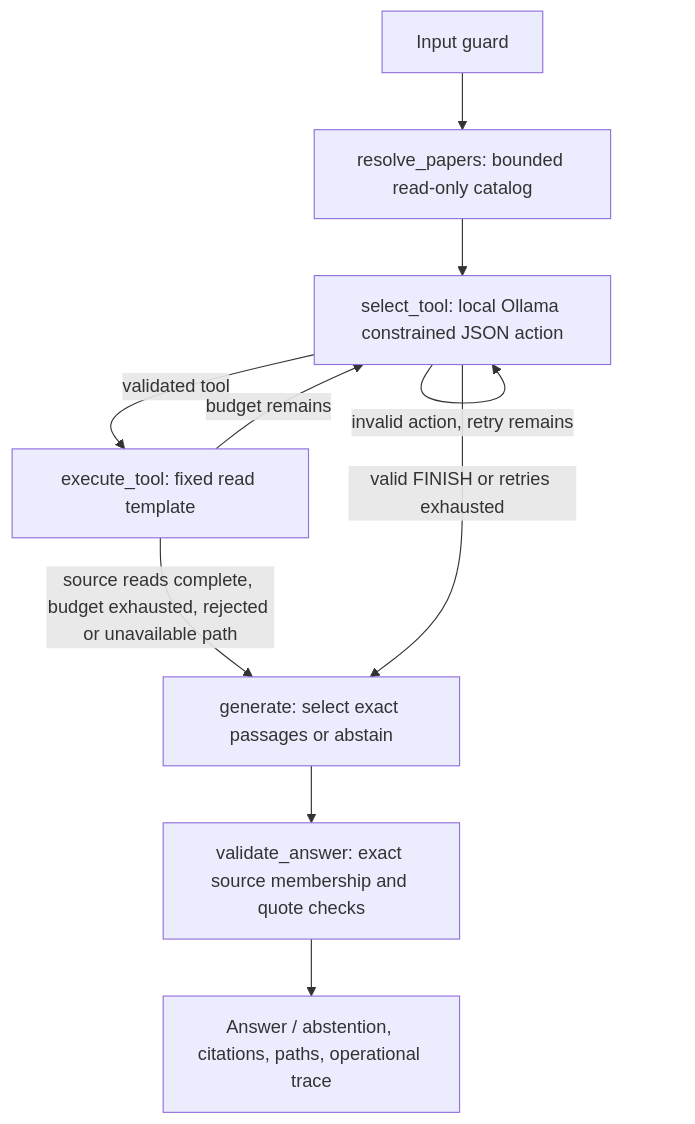
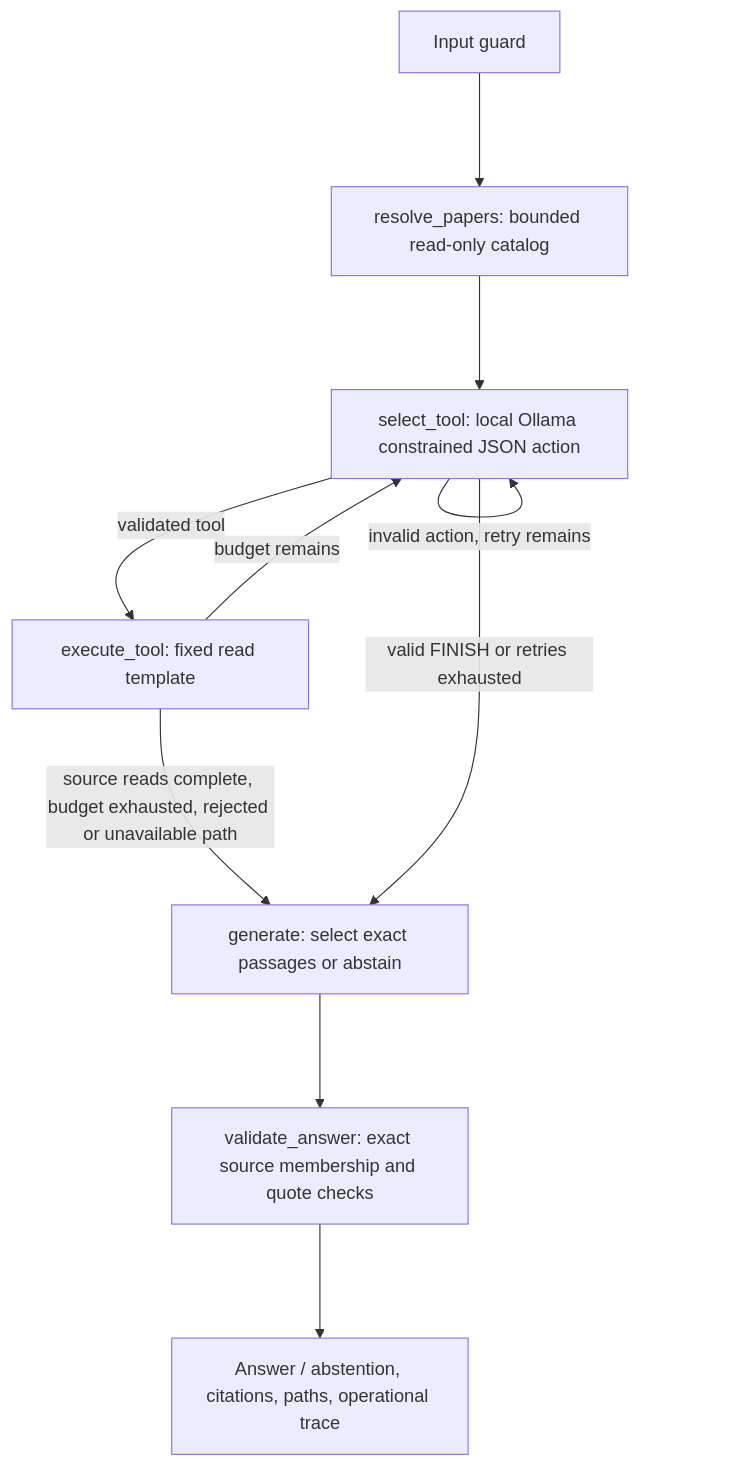
Before and after one commit to NeelSabharwal/GraphDBproject-NeelSabharwal-FabriceAfopa: the diagram in docs/AGENT.md, drawn with Mermaid. The commit also changed 5 other files, not shown here.

Commit message:
fix: correct diagram routing and documentation visual layout

````diff
--- a/docs/AGENT.md
+++ b/docs/AGENT.md
@@ -48,12 +48,13 @@
 ```mermaid
+%%{init: {"flowchart": {"nodeSpacing": 80, "rankSpacing": 100}}}%%
 flowchart TD
     S[Input guard] --> P[resolve_papers: bounded read-only catalog]
     P --> M[select_tool: local Ollama constrained JSON action]
     M -->|validated tool| T[execute_tool: fixed read template]
     T -->|budget remains| M
     T -->|source reads complete, budget exhausted, rejected or unavailable path| G[generate: select exact passages or abstain]
     M -->|invalid action, retry remains| M
     M -->|valid FINISH or retries exhausted| G
     G --> V[validate_answer: exact source membership and quote checks]
     V --> R[Answer / abstention, citations, paths, operational trace]
 ```
````
